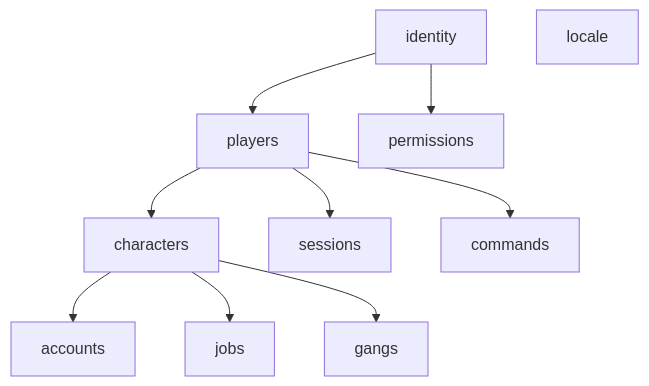
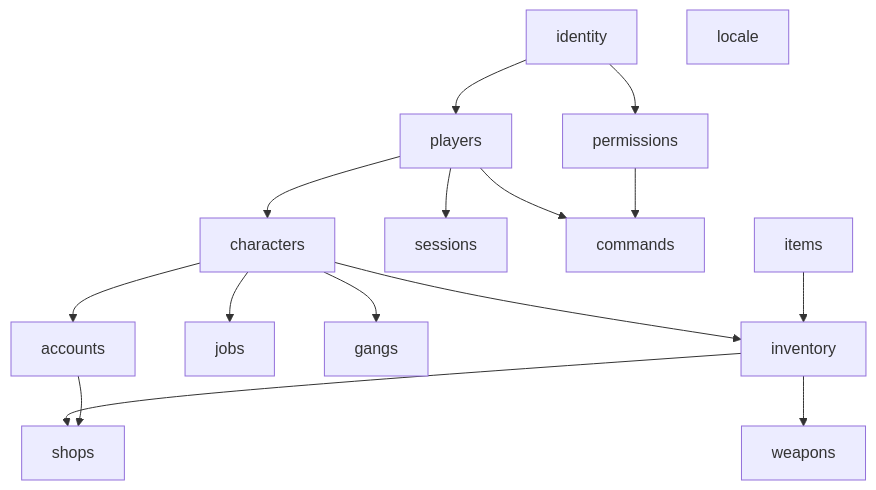
Before and after one commit to ugcore-project/docs: the third of 3 diagrams in architecture.mdx, drawn with Mermaid. The commit also changed other lines of this file and 23 other files, not shown here.

Commit message:
Implemented weapons & shops for Inventory

````diff
--- a/architecture.mdx
+++ b/architecture.mdx
@@ -113,12 +113,18 @@
 ```mermaid
 flowchart TD
     identity --> players
     players --> characters
     players --> sessions
     players --> commands
+    permissions --> commands
     characters --> accounts
     characters --> jobs
     characters --> gangs
     identity --> permissions
+    characters --> inventory
+    items --> inventory
+    inventory --> weapons
+    inventory --> shops
+    accounts --> shops
     locale
 ```
````
